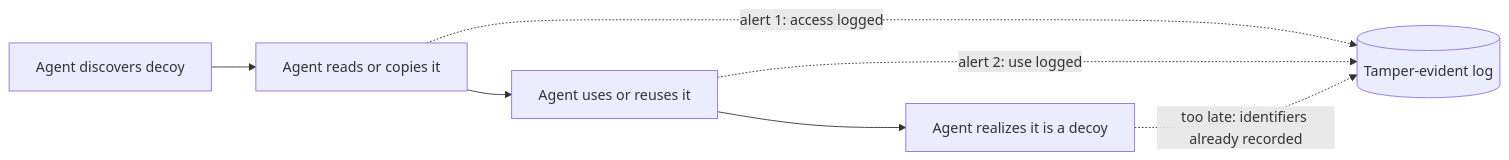
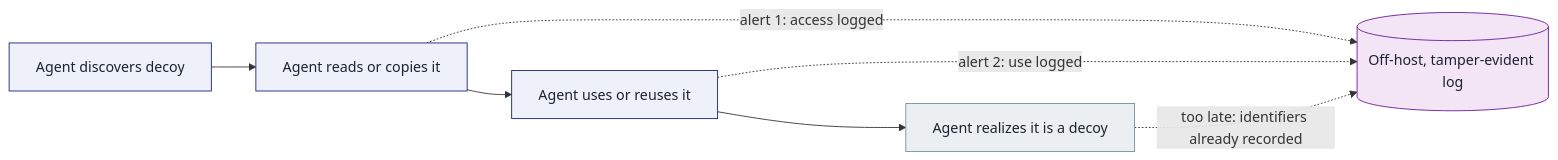
Before and after one commit to AndrewAltimit/template-repo: the second of 12 diagrams in docs/hardware/agent-swarm-honeypot-guide.md, drawn with Mermaid. The commit also changed other lines of this file and 118 other files, not shown here.

````diff
--- a/docs/hardware/agent-swarm-honeypot-guide.md
+++ b/docs/hardware/agent-swarm-honeypot-guide.md
@@ -76,9 +157,15 @@
 ```mermaid
 flowchart LR
     A["Agent discovers decoy"] --> B["Agent reads or copies it"]
     B --> C["Agent uses or reuses it"]
     C --> D["Agent realizes it is a decoy"]
-    B -. "alert 1: access logged" .-> L[("Tamper-evident log")]
+    B -. "alert 1: access logged" .-> L[("Off-host, tamper-evident log")]
     C -. "alert 2: use logged" .-> L
     D -. "too late: identifiers already recorded" .-> L
+    classDef step fill:#EEF0FA,stroke:#1A237E,color:#1C2233
+    classDef late fill:#ECEFF1,stroke:#78909C,color:#1C2233
+    classDef log fill:#F3E5F5,stroke:#6A1B9A,color:#1C2233
+    class A,B,C step
+    class D late
+    class L log
 ```
````
